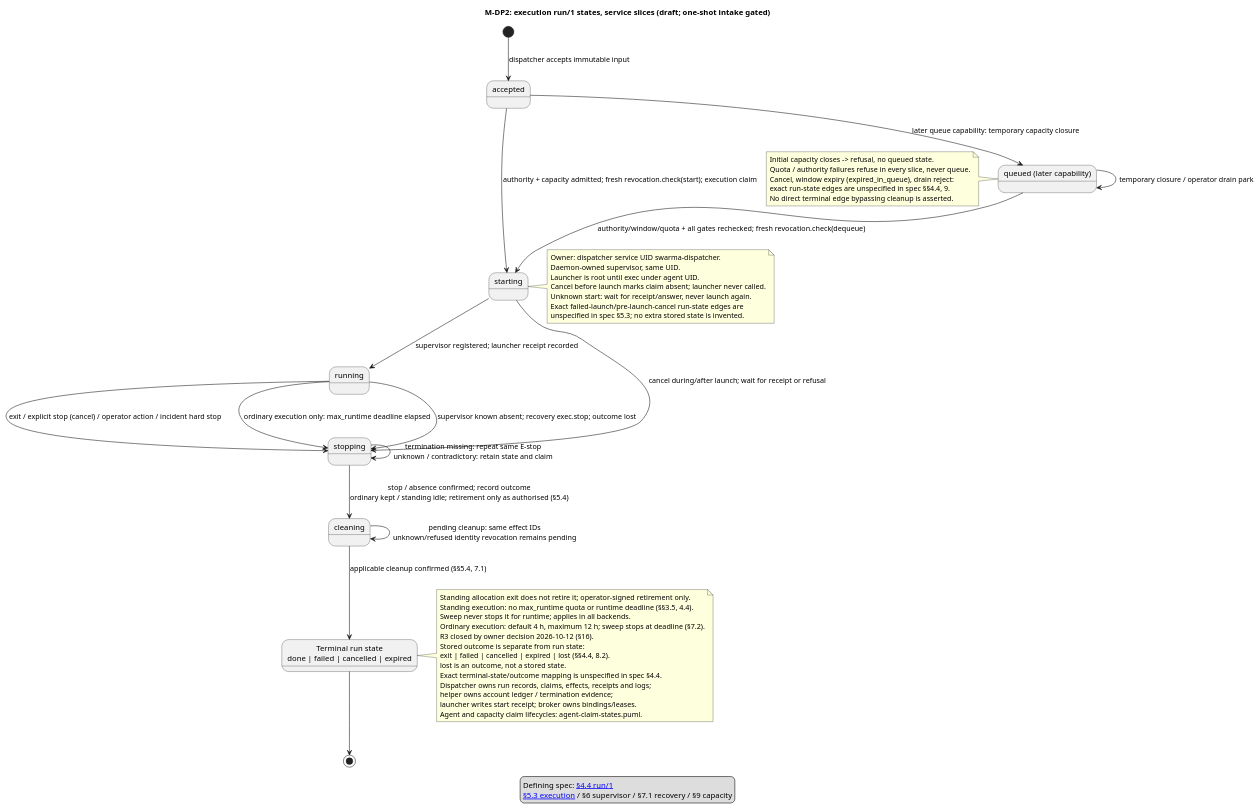
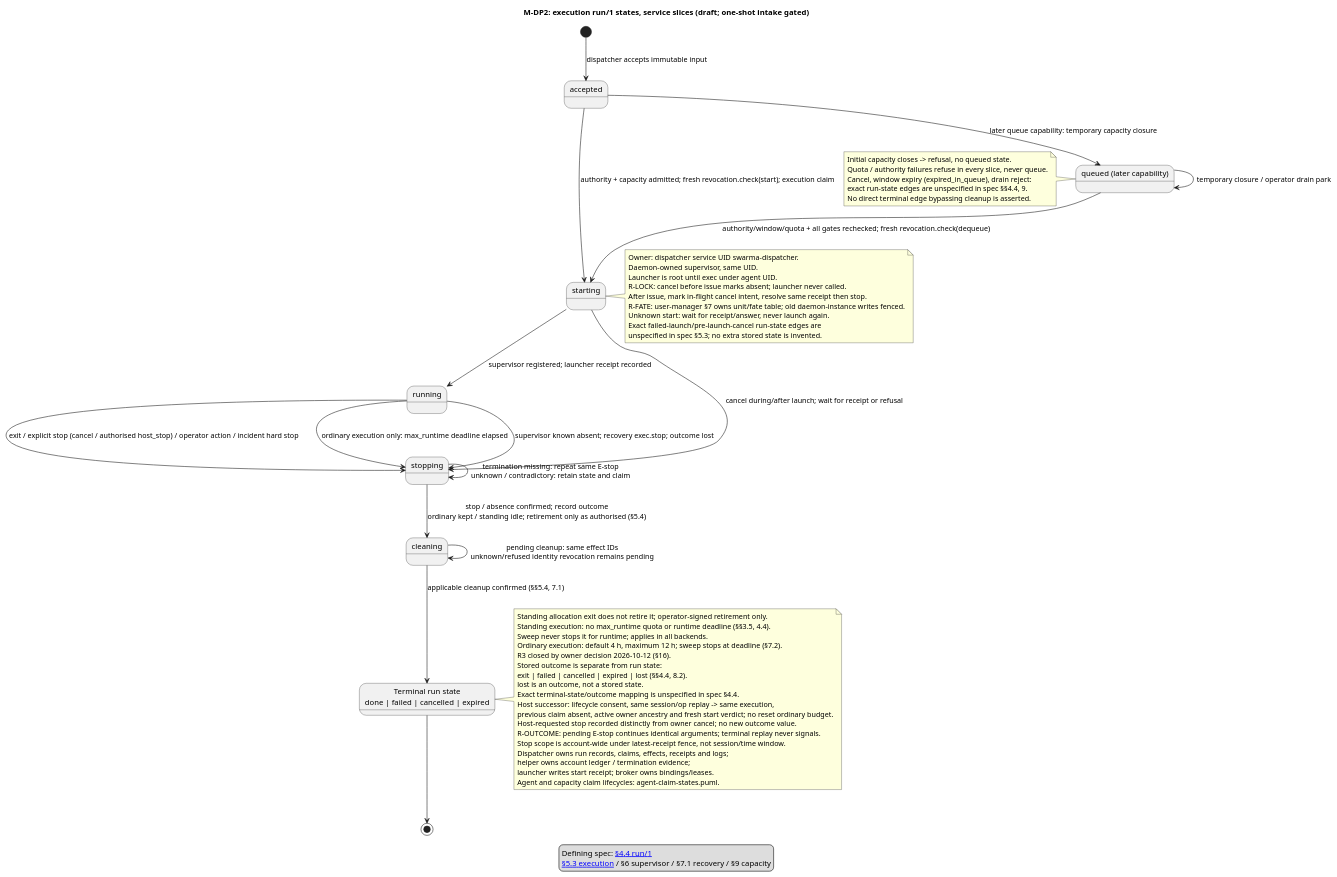
Before and after one commit to relux-works/curator-dispatcher: the diagram in diagrams/run-states.puml, drawn with PlantUML. The commit also changed 10 other files, not shown here.

```diff
--- a/diagrams/run-states.puml
+++ b/diagrams/run-states.puml
@@ -1,60 +1,67 @@
 @startuml run-states
 title M-DP2: execution run/1 states, service slices (draft; one-shot intake gated)
 state "accepted" as Accepted
 state "queued (later capability)" as Queued
 state "starting" as Starting
 state "running" as Running
 state "stopping" as Stopping
 state "cleaning" as Cleaning
 state "Terminal run state\ndone | failed | cancelled | expired" as Terminal
 [*] --> Accepted : dispatcher accepts immutable input
 Accepted --> Queued : later queue capability: temporary capacity closure
 Accepted --> Starting : authority + capacity admitted; fresh revocation.check(start); execution claim
 Queued --> Starting : authority/window/quota + all gates rechecked; fresh revocation.check(dequeue)
 Queued --> Queued : temporary closure / operator drain park
 Starting --> Running : supervisor registered; launcher receipt recorded
 Starting --> Stopping : cancel during/after launch; wait for receipt or refusal
-Running --> Stopping : exit / explicit stop (cancel) / operator action / incident hard stop
+Running --> Stopping : exit / explicit stop (cancel / authorised host_stop) / operator action / incident hard stop
 Running --> Stopping : ordinary execution only: max_runtime deadline elapsed
 Running --> Stopping : supervisor known absent; recovery exec.stop; outcome lost
 Stopping --> Stopping : termination missing: repeat same E-stop\nunknown / contradictory: retain state and claim
 Stopping --> Cleaning : stop / absence confirmed; record outcome\nordinary kept / standing idle; retirement only as authorised (§5.4)
 Cleaning --> Cleaning : pending cleanup: same effect IDs\nunknown/refused identity revocation remains pending
 Cleaning --> Terminal : applicable cleanup confirmed (§§5.4, 7.1)
 Terminal --> [*]
 note right of Starting
   Owner: dispatcher service UID swarma-dispatcher.
   Daemon-owned supervisor, same UID.
   Launcher is root until exec under agent UID.
-  Cancel before launch marks claim absent; launcher never called.
+  R-LOCK: cancel before issue marks absent; launcher never called.
+  After issue, mark in-flight cancel intent, resolve same receipt then stop.
+  R-FATE: user-manager §7 owns unit/fate table; old daemon-instance writes fenced.
   Unknown start: wait for receipt/answer, never launch again.
   Exact failed-launch/pre-launch-cancel run-state edges are
   unspecified in spec §5.3; no extra stored state is invented.
 end note
 note left of Queued
   Initial capacity closes -> refusal, no queued state.
   Quota / authority failures refuse in every slice, never queue.
   Cancel, window expiry (expired_in_queue), drain reject:
   exact run-state edges are unspecified in spec §§4.4, 9.
   No direct terminal edge bypassing cleanup is asserted.
 end note
 note right of Terminal
   Standing allocation exit does not retire it; operator-signed retirement only.
   Standing execution: no max_runtime quota or runtime deadline (§§3.5, 4.4).
   Sweep never stops it for runtime; applies in all backends.
   Ordinary execution: default 4 h, maximum 12 h; sweep stops at deadline (§7.2).
   R3 closed by owner decision 2026-10-12 (§16).
   Stored outcome is separate from run state:
   exit | failed | cancelled | expired | lost (§§4.4, 8.2).
   lost is an outcome, not a stored state.
   Exact terminal-state/outcome mapping is unspecified in spec §4.4.
+  Host successor: lifecycle consent, same session/op replay -> same execution,
+  previous claim absent, active owner ancestry and fresh start verdict; no reset ordinary budget.
+  Host-requested stop recorded distinctly from owner cancel; no new outcome value.
+  R-OUTCOME: pending E-stop continues identical arguments; terminal replay never signals.
+  Stop scope is account-wide under latest-receipt fence, not session/time window.
   Dispatcher owns run records, claims, effects, receipts and logs;
   helper owns account ledger / termination evidence;
   launcher writes start receipt; broker owns bindings/leases.
   Agent and capacity claim lifecycles: agent-claim-states.puml.
 end note
 legend
   Defining spec: [[https://github.com/relux-works/swarma-dispatcher/blob/main/spec/dispatcher.md#44-execution-run1 §4.4 run/1]]
   [[https://github.com/relux-works/swarma-dispatcher/blob/main/spec/dispatcher.md#53-execution §5.3 execution]] / §6 supervisor / §7.1 recovery / §9 capacity
 endlegend
 @enduml
```
